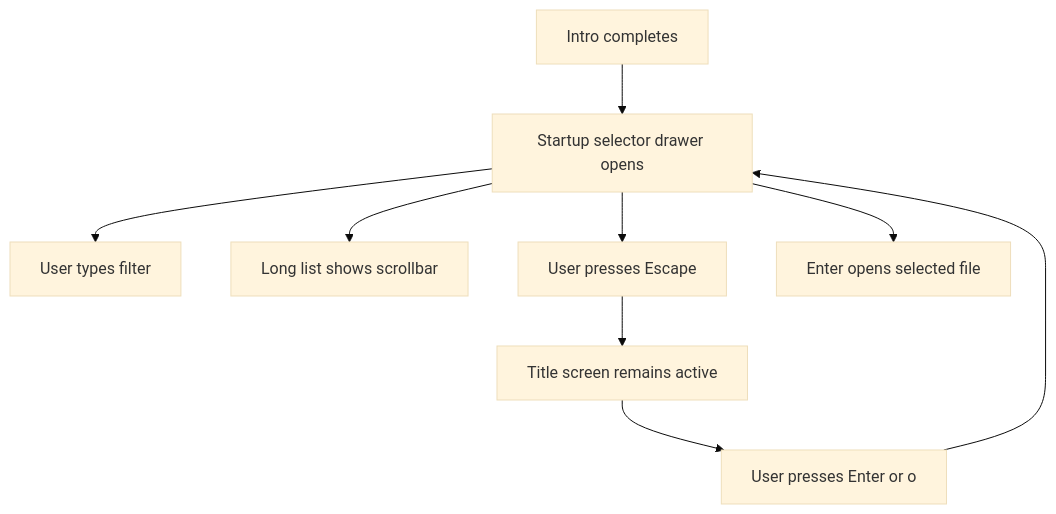
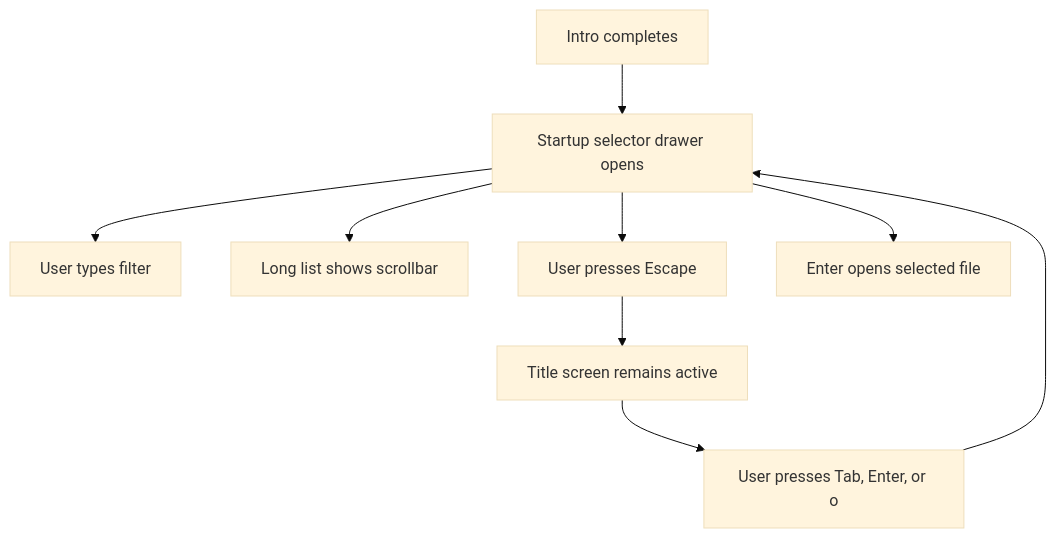
Before and after one commit to flyingrobots/jedit: the first of 2 diagrams in docs/design/0038-startup-file-modal-bijou-recovery.md, drawn with Mermaid (base theme). The commit also changed other lines of this file and 20 other files, not shown here.

````diff
--- a/docs/design/0038-startup-file-modal-bijou-recovery.md
+++ b/docs/design/0038-startup-file-modal-bijou-recovery.md
@@ -123,11 +124,11 @@
 ```mermaid
 flowchart TD
   Start[Intro completes] --> Drawer[Startup selector drawer opens]
   Drawer --> Filter[User types filter]
   Drawer --> Scroll[Long list shows scrollbar]
   Drawer --> Escape[User presses Escape]
   Escape --> Title[Title screen remains active]
-  Title --> Reopen[User presses Enter or o]
+  Title --> Reopen[User presses Tab, Enter, or o]
   Reopen --> Drawer
   Drawer --> Open[Enter opens selected file]
 ```
````
